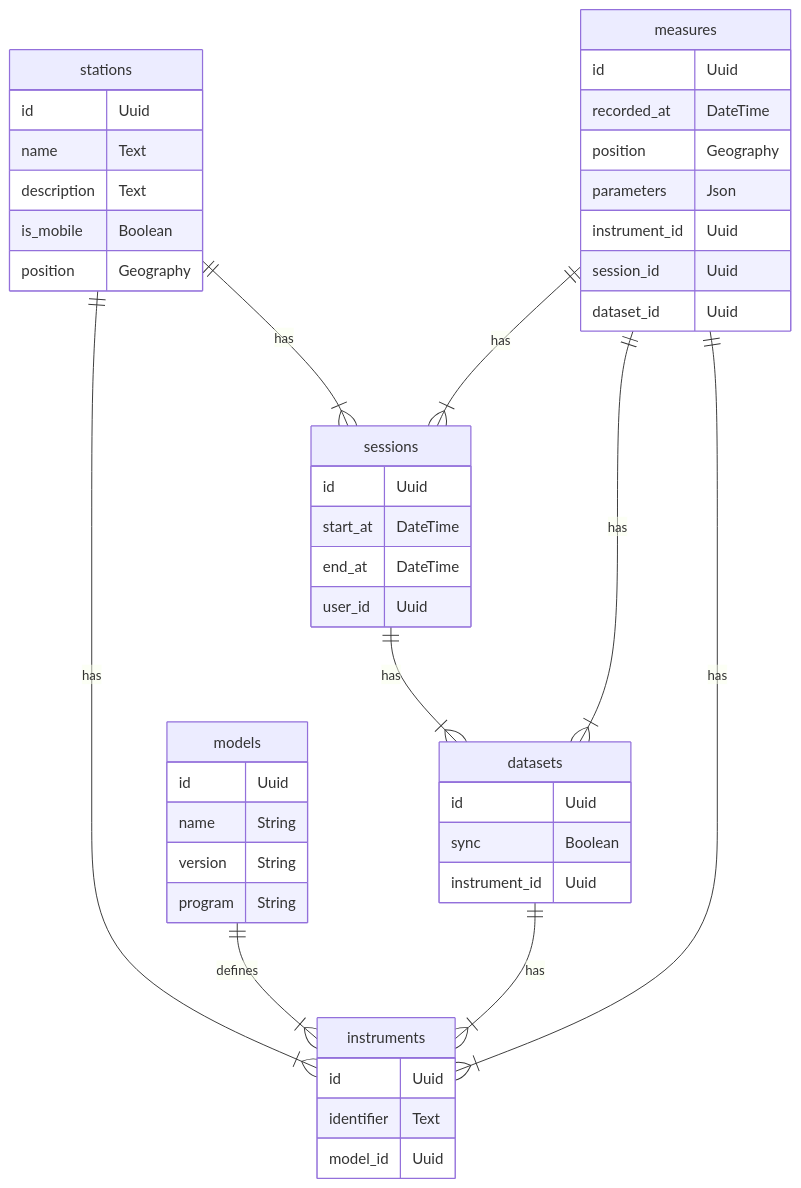
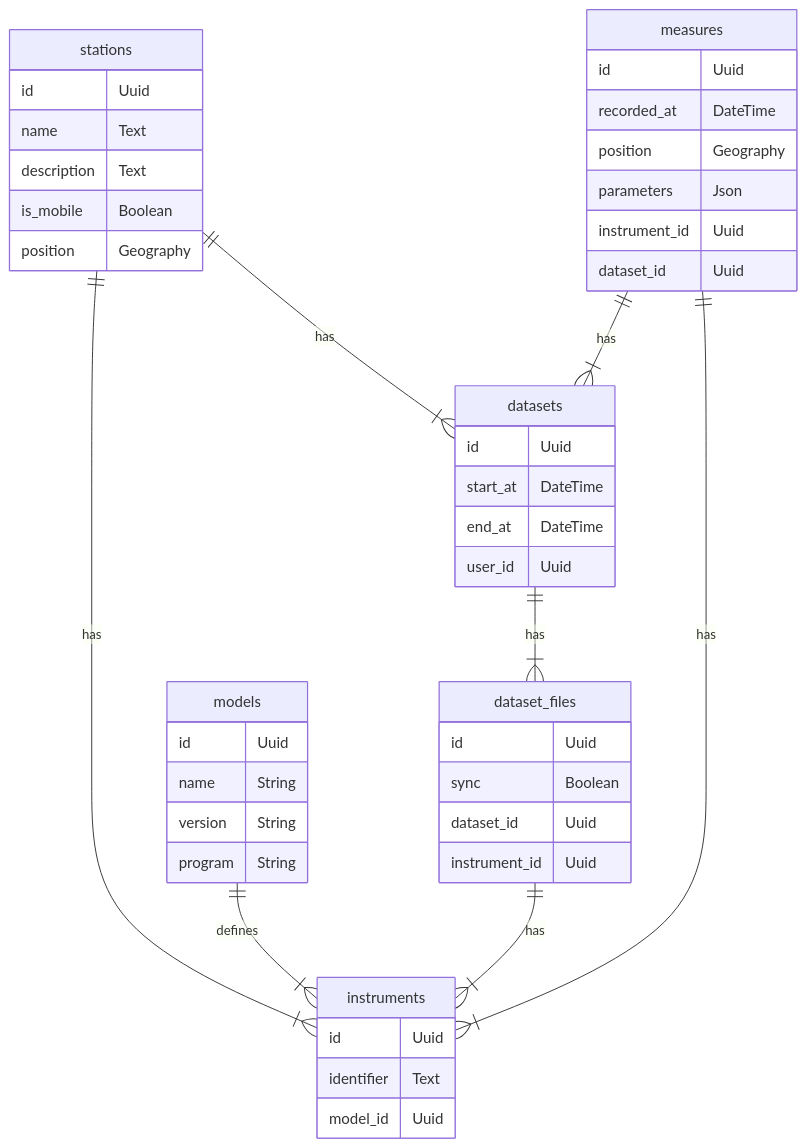
One commit to astrolabe-expeditions/data-platform changed the diagram in docs/database.md. Above: the diagram before and after it, drawn with Mermaid. The commit also changed 22 other files, not shown here.

Commit message:
refactor: Rename session from dataset

````diff
--- a/docs/database.md
+++ b/docs/database.md
@@ -5,57 +5,56 @@
 ```mermaid
 
 erDiagram
 
 stations {
   id Uuid
   name Text
   description Text
   is_mobile Boolean
   position Geography
 }
 
 instruments {
   id Uuid
   identifier Text
   model_id Uuid
 }
 
 models {
   id Uuid
   name String
   version String
   program String
 }
 
-sessions {
+datasets {
   id Uuid
   start_at DateTime
   end_at DateTime
   user_id Uuid
 }
 
-datasets {
+dataset_files {
   id Uuid
   sync Boolean
+  dataset_id Uuid
   instrument_id Uuid
 }
 
 measures {
   id Uuid
   recorded_at DateTime
   position Geography
   parameters Json
   instrument_id Uuid
-  session_id Uuid
   dataset_id Uuid
 }
 
 stations ||--|{ instruments : has
 models ||--|{ instruments : defines
-stations ||--|{ sessions : has
-sessions ||--|{ datasets : has
-datasets ||--|{ instruments : has
+stations ||--|{ datasets : has
+datasets ||--|{ dataset_files : has
+dataset_files ||--|{ instruments : has
 measures ||--|{ datasets : has
-measures ||--|{ sessions : has
 measures ||--|{ instruments : has
 ```
````
